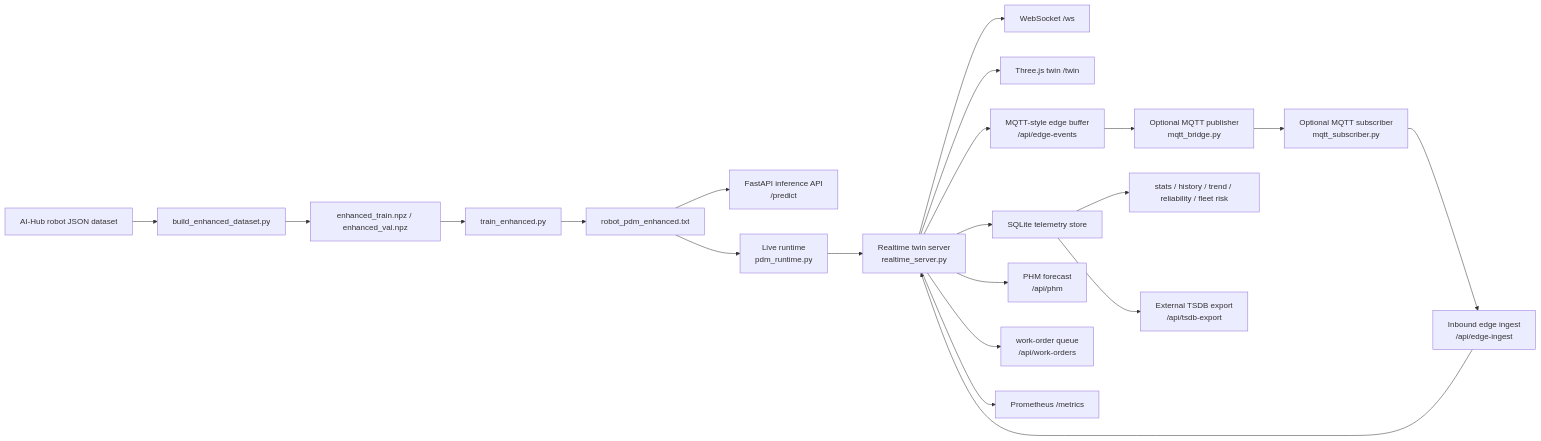
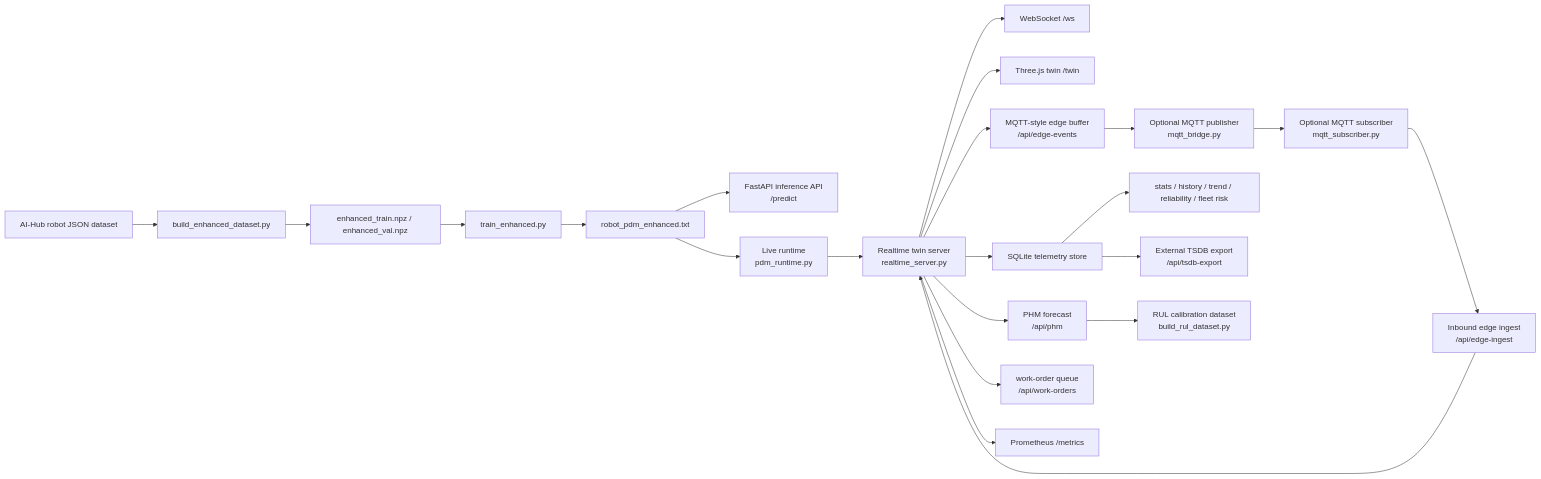
The diagram in README.md (JuHyeon-Nam/ServiceRobot_AI), drawn with Mermaid before and after one commit. The commit also changed other lines of this file and 10 other files, not shown here.

Commit message:
feat(phm): add rul dataset builder

````diff
--- a/README.md
+++ b/README.md
@@ -76,23 +76,24 @@
 ```mermaid
 flowchart LR
     raw["AI-Hub robot JSON dataset"] --> build["build_enhanced_dataset.py"]
     build --> trainset["enhanced_train.npz / enhanced_val.npz"]
     trainset --> train["train_enhanced.py"]
     train --> model["robot_pdm_enhanced.txt"]
     model --> api["FastAPI inference API<br/>/predict"]
     model --> runtime["Live runtime<br/>pdm_runtime.py"]
     runtime --> twin["Realtime twin server<br/>realtime_server.py"]
     twin --> ws["WebSocket /ws"]
     twin --> ui["Three.js twin /twin"]
     twin --> edge["MQTT-style edge buffer<br/>/api/edge-events"]
     edge --> broker["Optional MQTT publisher<br/>mqtt_bridge.py"]
     broker --> sub["Optional MQTT subscriber<br/>mqtt_subscriber.py"]
     sub --> ingest["Inbound edge ingest<br/>/api/edge-ingest"]
     ingest --> twin
     twin --> store["SQLite telemetry store"]
     store --> ops["stats / history / trend / reliability / fleet risk"]
     store --> tsdb["External TSDB export<br/>/api/tsdb-export"]
     twin --> phm["PHM forecast<br/>/api/phm"]
+    phm --> rul["RUL calibration dataset<br/>build_rul_dataset.py"]
     twin --> work["work-order queue<br/>/api/work-orders"]
     twin --> metrics["Prometheus /metrics"]
 ```
````
